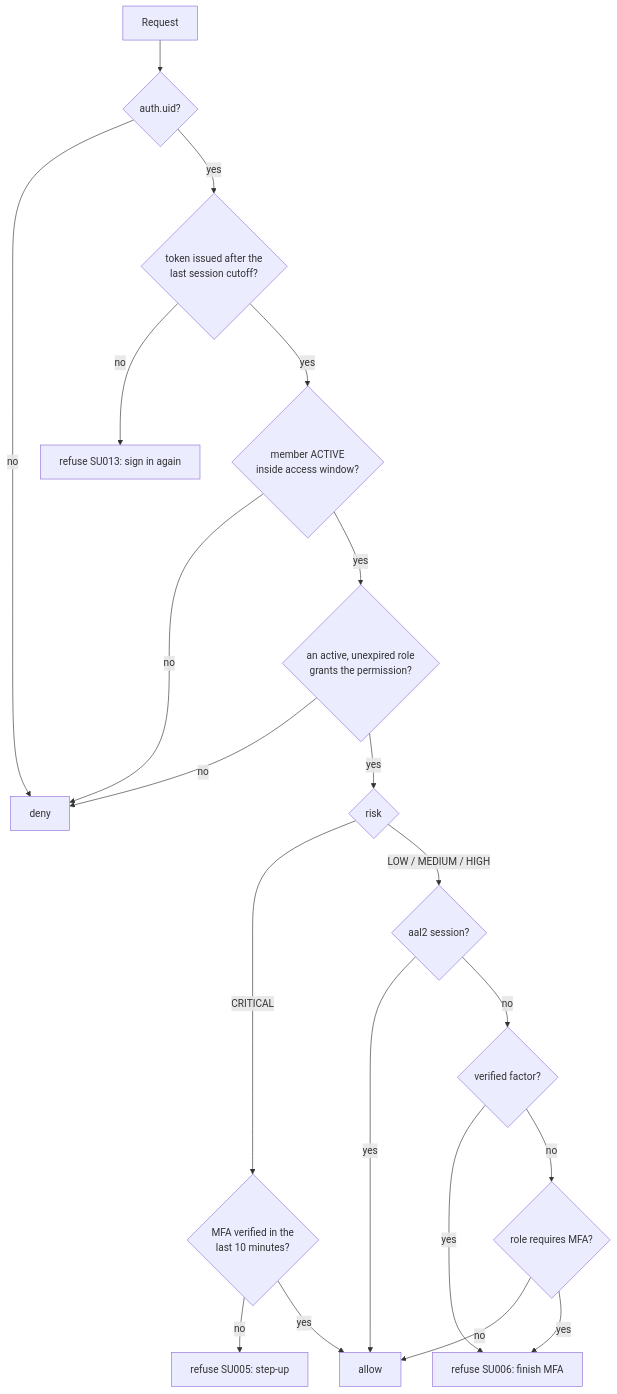
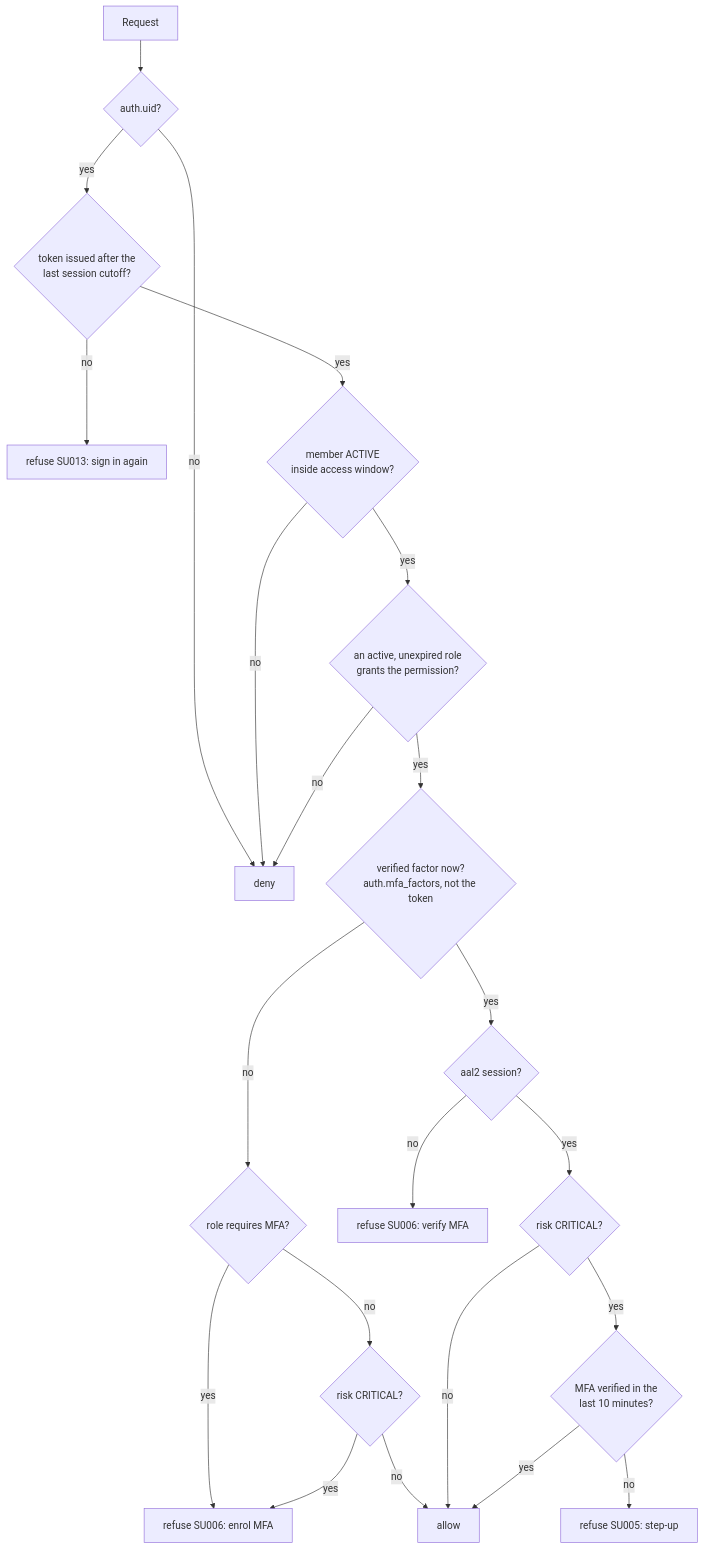
Before and after one commit to Pedruzz30/SpaceUnderground: the second of 4 diagrams in docs/security-architecture.md, drawn with Mermaid. The commit also changed other lines of this file and 1 other file, not shown here.

First line of the commit message:
docs(security): document the MFA factor check

````diff
--- a/docs/security-architecture.md
+++ b/docs/security-architecture.md
@@ -153,22 +153,24 @@
 ```mermaid
 flowchart TD
   R[Request] --> U{auth.uid?}
   U -- no --> D[deny]
   U -- yes --> T{token issued after the<br/>last session cutoff?}
   T -- no --> SU013[refuse SU013: sign in again]
   T -- yes --> M{member ACTIVE<br/>inside access window?}
   M -- no --> D
   M -- yes --> G{an active, unexpired role<br/>grants the permission?}
   G -- no --> D
-  G -- yes --> K{risk}
-  K -- CRITICAL --> S{MFA verified in the<br/>last 10 minutes?}
+  G -- yes --> F{verified factor now?<br/>auth.mfa_factors, not the token}
+  F -- no --> P{role requires MFA?}
+  P -- yes --> SU006[refuse SU006: enrol MFA]
+  P -- no --> C{risk CRITICAL?}
+  C -- yes --> SU006
+  C -- no --> A[allow]
+  F -- yes --> Q{aal2 session?}
+  Q -- no --> SU006b[refuse SU006: verify MFA]
+  Q -- yes --> K{risk CRITICAL?}
+  K -- no --> A
+  K -- yes --> S{MFA verified in the<br/>last 10 minutes?}
   S -- no --> SU005[refuse SU005: step-up]
-  S -- yes --> A[allow]
-  K -- LOW / MEDIUM / HIGH --> Q{aal2 session?}
-  Q -- yes --> A
-  Q -- no --> F{verified factor?}
-  F -- yes --> SU006[refuse SU006: finish MFA]
-  F -- no --> P{role requires MFA?}
-  P -- no --> A
-  P -- yes --> SU006
+  S -- yes --> A
 ```
````
